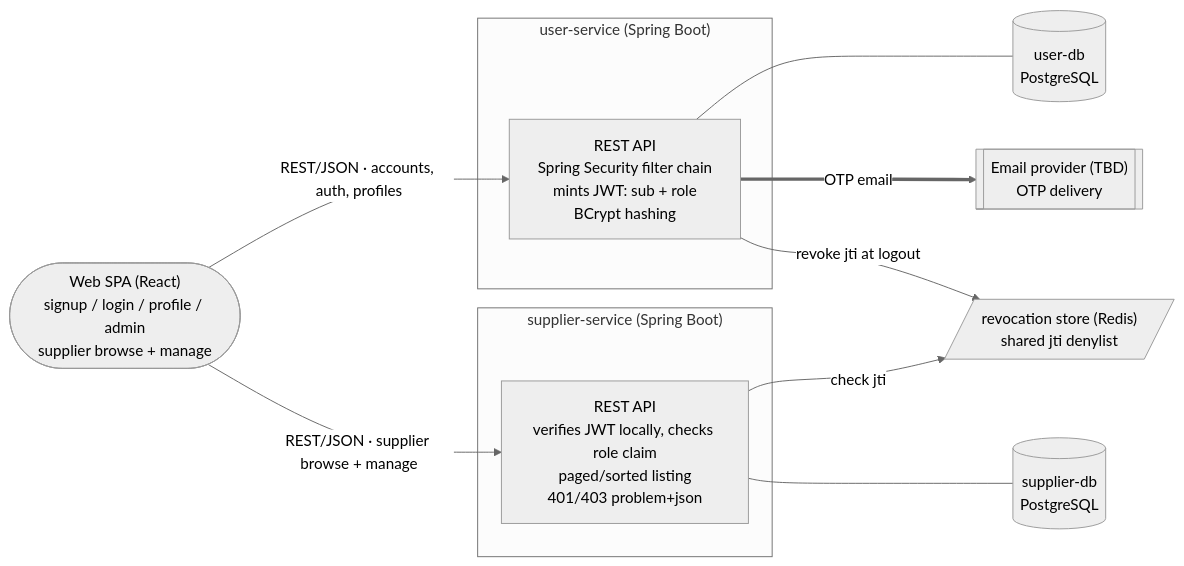
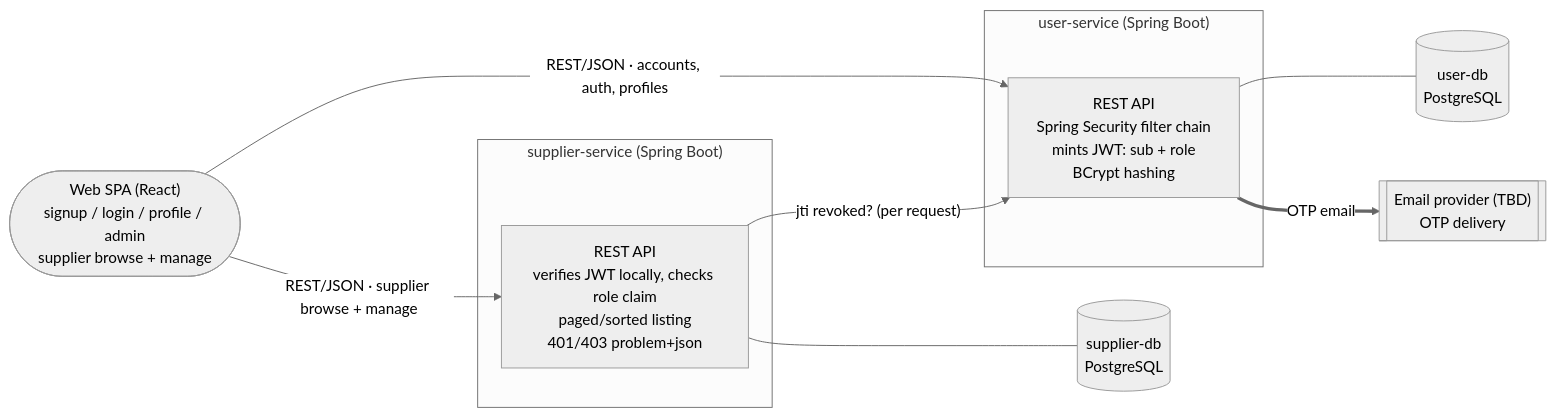
The diagram in docs/d2-design.mmd (AY2627S1-CS3219-P23/foc), drawn with Mermaid (neutral theme) before and after one commit. The commit also changed 2 other files, not shown here.

Commit message:
docs: revise logout scope to per-request denylist check via User Service
Team revised the revocation decision: shared revocation state stays,
but via a per-request denylist check against the User Service rather
than a microservices-shared Redis, with the stated reason of
minimizing coupling between services. token_denylist returns to the
user-db schema (user-service-private); diagrams and the integration
sequence gain the per-request jti check edge; a Redis/in-memory
cache inside the User Service for the lookup is noted as the
owner's internal option. Fail-open vs fail-closed when the User
Service is unreachable remains flagged, undecided.

```diff
--- a/docs/d2-design.mmd
+++ b/docs/d2-design.mmd
@@ -1,29 +1,27 @@
 %% AI-assisted (CS3219 AI Usage Policy disclosure):
 %% Tool: Claude Code (Fable 5), 2026-09-20.
 %% Scope: component-level D2 slice transcribed from docs/architecture.md
 %% with the team decisions recorded in docs/d2-design.md (attribution
 %% in its header and ai/usage-log.md) applied. No architecture
 %% decisions were made by the tool.
 %% Reviewed by: Leong Wei Zhi (via pull request).
 flowchart LR
     SPA(["Web SPA (React)<br/>signup / login / profile / admin<br/>supplier browse + manage"])
 
     subgraph US["user-service (Spring Boot)"]
         USC["REST API<br/>Spring Security filter chain<br/>mints JWT: sub + role<br/>BCrypt hashing"]
     end
     subgraph SS["supplier-service (Spring Boot)"]
         SSC["REST API<br/>verifies JWT locally, checks role claim<br/>paged/sorted listing<br/>401/403 problem+json"]
     end
 
     UDB[("user-db<br/>PostgreSQL")]
     SDB[("supplier-db<br/>PostgreSQL")]
     MAIL[["Email provider (TBD)<br/>OTP delivery"]]
-    RED[/"revocation store (Redis)<br/>shared jti denylist"/]
 
     SPA -->|"REST/JSON · accounts, auth, profiles"| USC
     SPA -->|"REST/JSON · supplier browse + manage"| SSC
     USC --- UDB
     SSC --- SDB
     USC ==>|"OTP email"| MAIL
-    USC -->|"revoke jti at logout"| RED
-    SSC -->|"check jti"| RED
+    SSC -->|"jti revoked? (per request)"| USC
```
